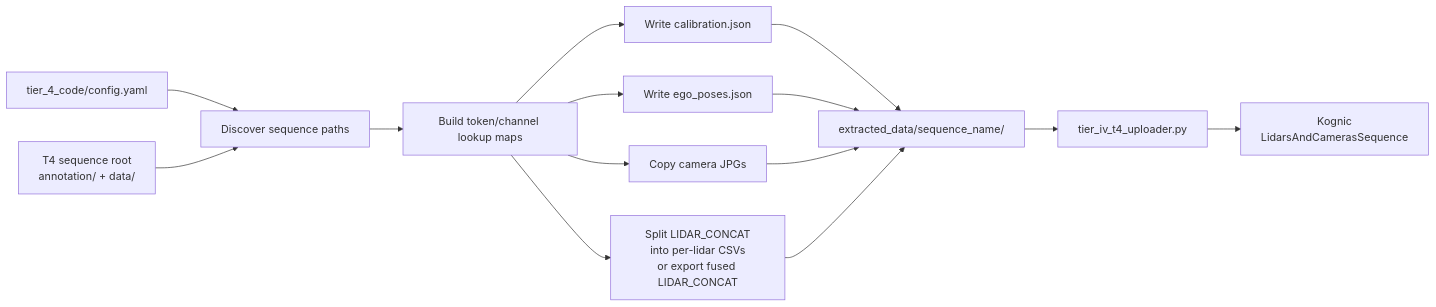
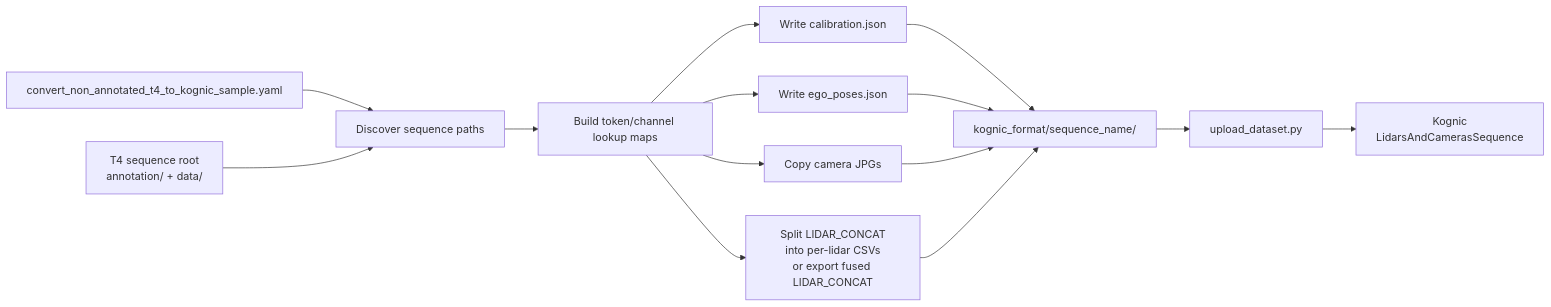
Before and after one commit to tier4/tier4_perception_dataset: the first of 7 diagrams in docs/tier_iv_t4_extractor_to_kognic.md, drawn with Mermaid. The commit also changed other lines of this file, not shown here.

````diff
--- a/docs/tier_iv_t4_extractor_to_kognic.md
+++ b/docs/tier_iv_t4_extractor_to_kognic.md
@@ -158,28 +158,28 @@
 ```mermaid
 flowchart LR
-  Config["tier_4_code/config.yaml"]
+  Config["convert_non_annotated_t4_to_kognic_sample.yaml"]
   T4["T4 sequence root<br/>annotation/ + data/"]
   Discover["Discover sequence paths"]
   Lookups["Build token/channel lookup maps"]
   Calibration["Write calibration.json"]
   Ego["Write ego_poses.json"]
   Images["Copy camera JPGs"]
   Lidar["Split LIDAR_CONCAT<br/>into per-lidar CSVs<br/>or export fused LIDAR_CONCAT"]
-  Extracted["extracted_data/sequence_name/"]
-  Upload["tier_iv_t4_uploader.py"]
+  Extracted["kognic_format/sequence_name/"]
+  Upload["upload_dataset.py"]
   Kognic["Kognic<br/>LidarsAndCamerasSequence"]
 
   Config --> Discover
   T4 --> Discover
   Discover --> Lookups
   Lookups --> Calibration
   Lookups --> Ego
   Lookups --> Images
   Lookups --> Lidar
   Calibration --> Extracted
   Ego --> Extracted
   Images --> Extracted
   Lidar --> Extracted
   Extracted --> Upload
   Upload --> Kognic
 ```
````
